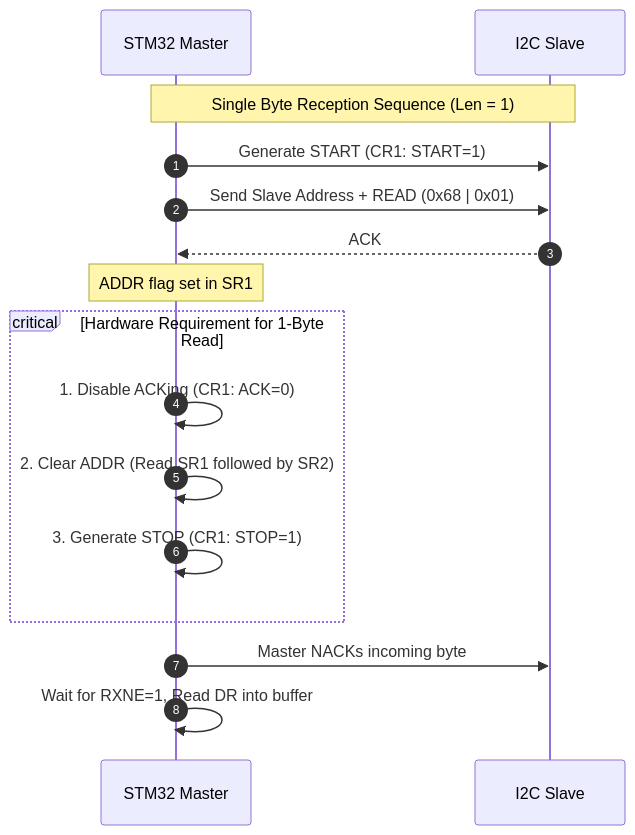
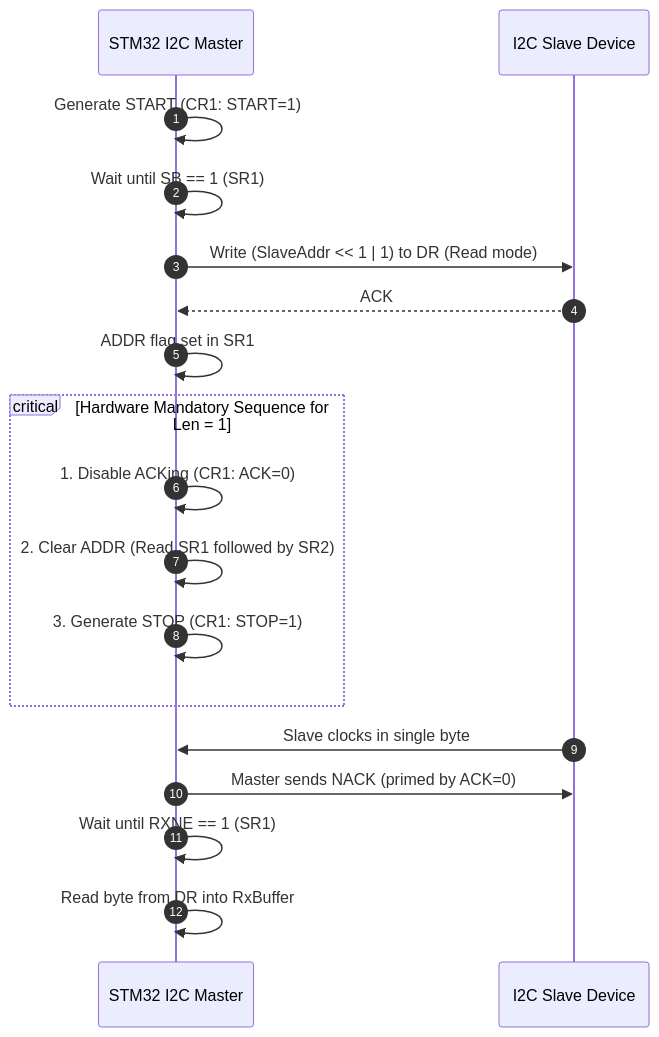
The sixth of 10 diagrams in stm32f407_driver_development_master_guide.md (Olindam20/stm32f407-device-drivers), drawn with Mermaid before and after one commit. The commit also changed other lines of this file, not shown here.

````diff
--- a/stm32f407_driver_development_master_guide.md
+++ b/stm32f407_driver_development_master_guide.md
@@ -147,18 +194,21 @@
 ```mermaid
 sequenceDiagram
     autonumber
-    participant M as STM32 Master
-    participant S as I2C Slave
-    Note over M,S: Single Byte Reception Sequence (Len = 1)
-    M->>S: Generate START (CR1: START=1)
-    M->>S: Send Slave Address + READ (0x68 | 0x01)
-    S-->>M: ACK
-    Note over M: ADDR flag set in SR1
-    critical Hardware Requirement for 1-Byte Read
-        M->>M: 1. Disable ACKing (CR1: ACK=0)
-        M->>M: 2. Clear ADDR (Read SR1 followed by SR2)
-        M->>M: 3. Generate STOP (CR1: STOP=1)
+    participant Master as STM32 I2C Master
+    participant Slave as I2C Slave Device
+
+    Master->>Master: Generate START (CR1: START=1)
+    Master->>Master: Wait until SB == 1 (SR1)
+    Master->>Slave: Write (SlaveAddr << 1 | 1) to DR (Read mode)
+    Slave-->>Master: ACK
+    Master->>Master: ADDR flag set in SR1
+    critical Hardware Mandatory Sequence for Len = 1
+        Master->>Master: 1. Disable ACKing (CR1: ACK=0)
+        Master->>Master: 2. Clear ADDR (Read SR1 followed by SR2)
+        Master->>Master: 3. Generate STOP (CR1: STOP=1)
     end
-    M->>S: Master NACKs incoming byte
-    M->>M: Wait for RXNE=1, Read DR into buffer
+    Slave->>Master: Slave clocks in single byte
+    Master->>Slave: Master sends NACK (primed by ACK=0)
+    Master->>Master: Wait until RXNE == 1 (SR1)
+    Master->>Master: Read byte from DR into RxBuffer
 ```
````
